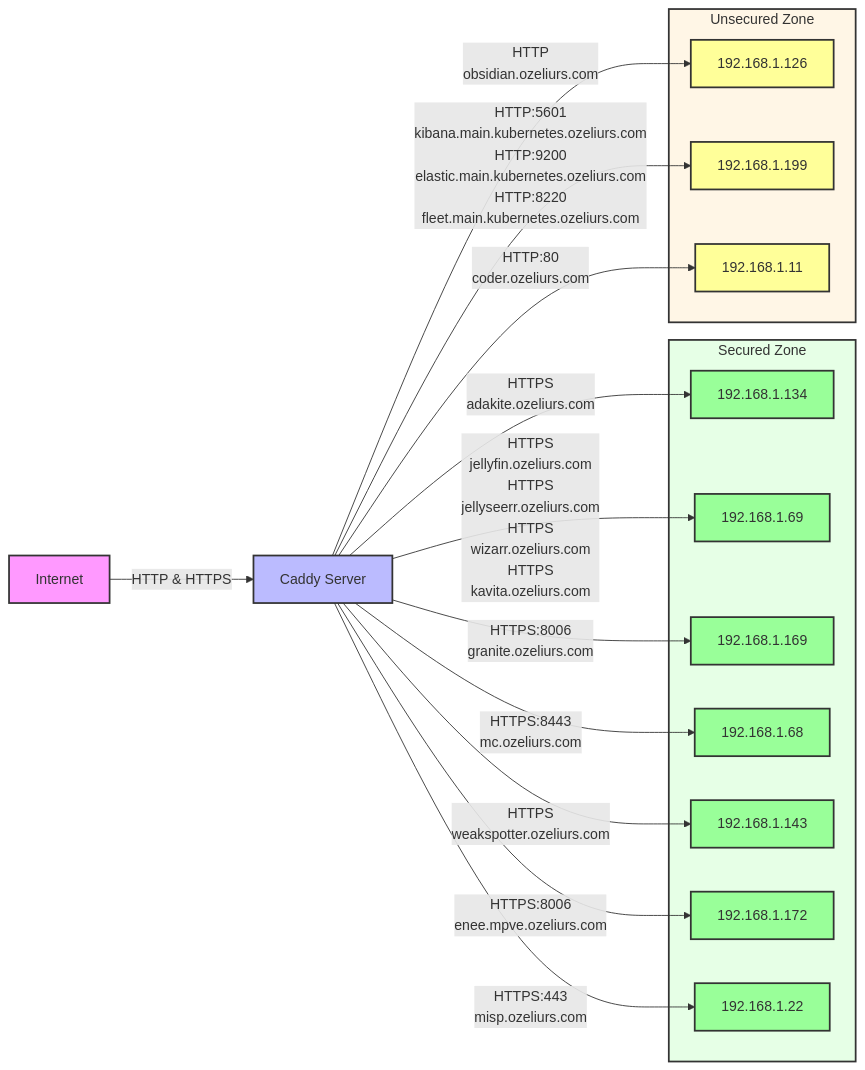
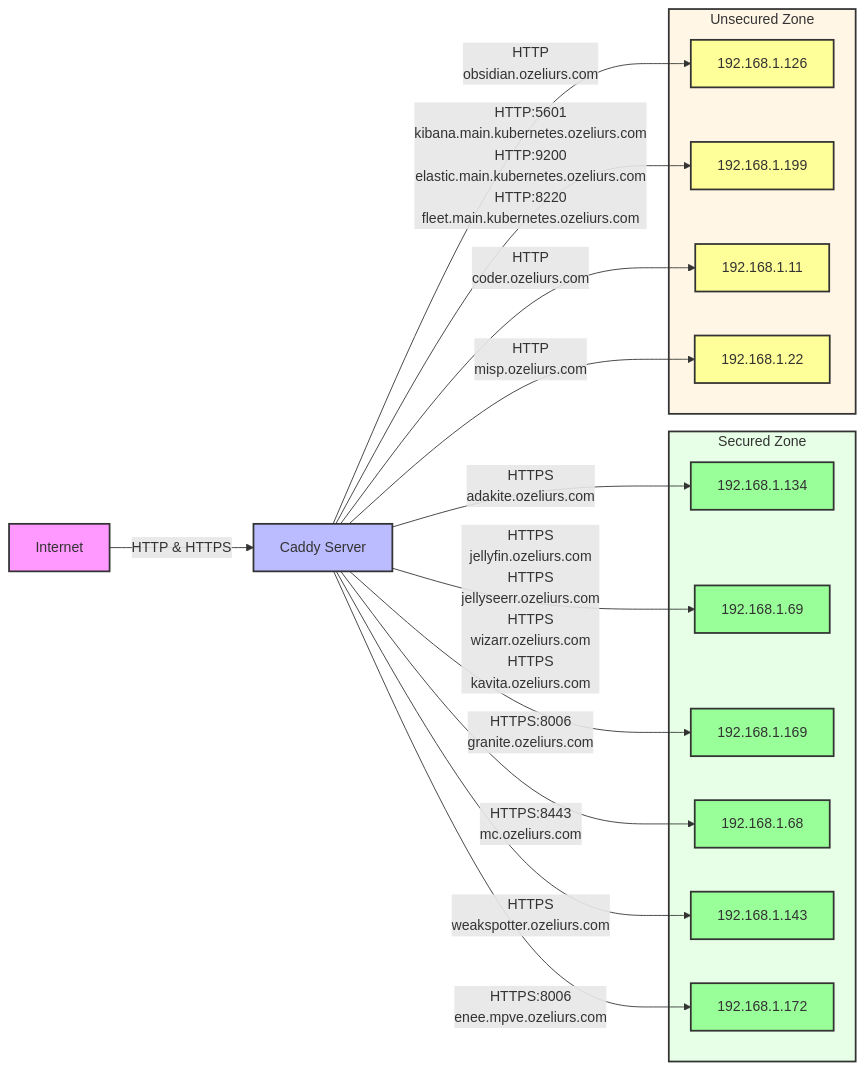
Before and after one commit to ozeliurs/dc-reverse-proxy-config: the diagram in README.md, drawn with Mermaid. The commit also changed 1 other file, not shown here.

Commit message:
Generate and update Caddyfile, Mermaid diagram, and Dockerfile

````diff
--- a/README.md
+++ b/README.md
@@ -34,60 +34,60 @@
 ```mermaid
 graph LR
     %% Style definitions
     classDef internet fill:#f9f,stroke:#333,stroke-width:2px;
     classDef proxy fill:#bbf,stroke:#333,stroke-width:2px;
     classDef backend fill:#bfb,stroke:#333,stroke-width:2px;
     classDef secure fill:#9f9,stroke:#333,stroke-width:2px;
     classDef unsecure fill:#ff9,stroke:#333,stroke-width:2px;
 
     %% Nodes
     I[Internet]
     C[Caddy Server]
 
     %% Apply styles
     class I internet
     class C proxy
 
     %% Base connections
     I -->|HTTP & HTTPS| C
 
     %% Backend groups
     subgraph Secured[Secured Zone]
         style Secured fill:#e6ffe6,stroke:#333,stroke-width:2px
         S0[192.168.1.134]
         class S0 secure
         S1[192.168.1.69]
         class S1 secure
         S2[192.168.1.169]
         class S2 secure
         S3[192.168.1.68]
         class S3 secure
         S4[192.168.1.143]
         class S4 secure
         S5[192.168.1.172]
         class S5 secure
-        S6[192.168.1.22]
-        class S6 secure
     end
 
     subgraph Unsecured[Unsecured Zone]
         style Unsecured fill:#fff6e6,stroke:#333,stroke-width:2px
         U0[192.168.1.126]
         class U0 unsecure
         U1[192.168.1.199]
         class U1 unsecure
         U2[192.168.1.11]
         class U2 unsecure
+        U3[192.168.1.22]
+        class U3 unsecure
     end
 
     C -->|HTTPS<br>adakite.ozeliurs.com| S0
     C -->|HTTPS<br>jellyfin.ozeliurs.com<br>HTTPS<br>jellyseerr.ozeliurs.com<br>HTTPS<br>wizarr.ozeliurs.com<br>HTTPS<br>kavita.ozeliurs.com| S1
     C -->|HTTPS:8006<br>granite.ozeliurs.com| S2
     C -->|HTTPS:8443<br>mc.ozeliurs.com| S3
     C -->|HTTP<br>obsidian.ozeliurs.com| U0
     C -->|HTTPS<br>weakspotter.ozeliurs.com| S4
     C -->|HTTP:5601<br>kibana.main.kubernetes.ozeliurs.com<br>HTTP:9200<br>elastic.main.kubernetes.ozeliurs.com<br>HTTP:8220<br>fleet.main.kubernetes.ozeliurs.com| U1
     C -->|HTTPS:8006<br>enee.mpve.ozeliurs.com| S5
-    C -->|HTTP:80<br>coder.ozeliurs.com| U2
-    C -->|HTTPS:443<br>misp.ozeliurs.com| S6
+    C -->|HTTP<br>coder.ozeliurs.com| U2
+    C -->|HTTP<br>misp.ozeliurs.com| U3
 ```
````
